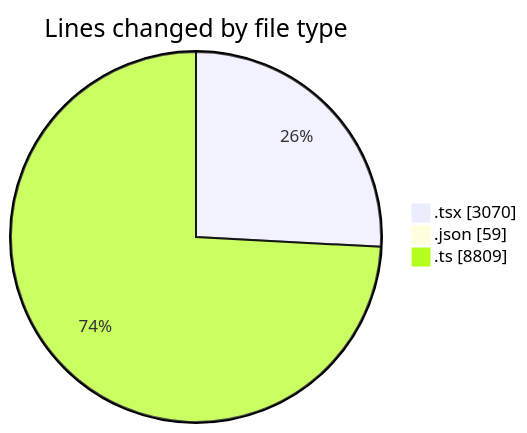
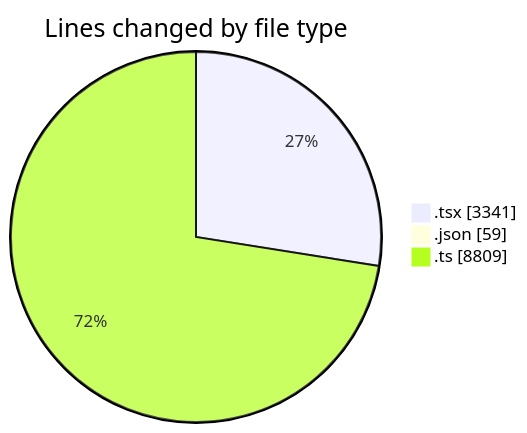
Before and after one commit to momahboobian/code-tracking: the first of 2 diagrams in 2025-11-24/cda/README.md, drawn with Mermaid. The commit also changed other lines of this file and 1 other file, not shown here.

````diff
--- a/2025-11-24/cda/README.md
+++ b/2025-11-24/cda/README.md
@@ -33,7 +34,7 @@
 ```mermaid
 pie showData
 title Lines changed by file type
-".tsx" : 3070
+".tsx" : 3341
 ".json" : 59
 ".ts" : 8809
 ```
````
